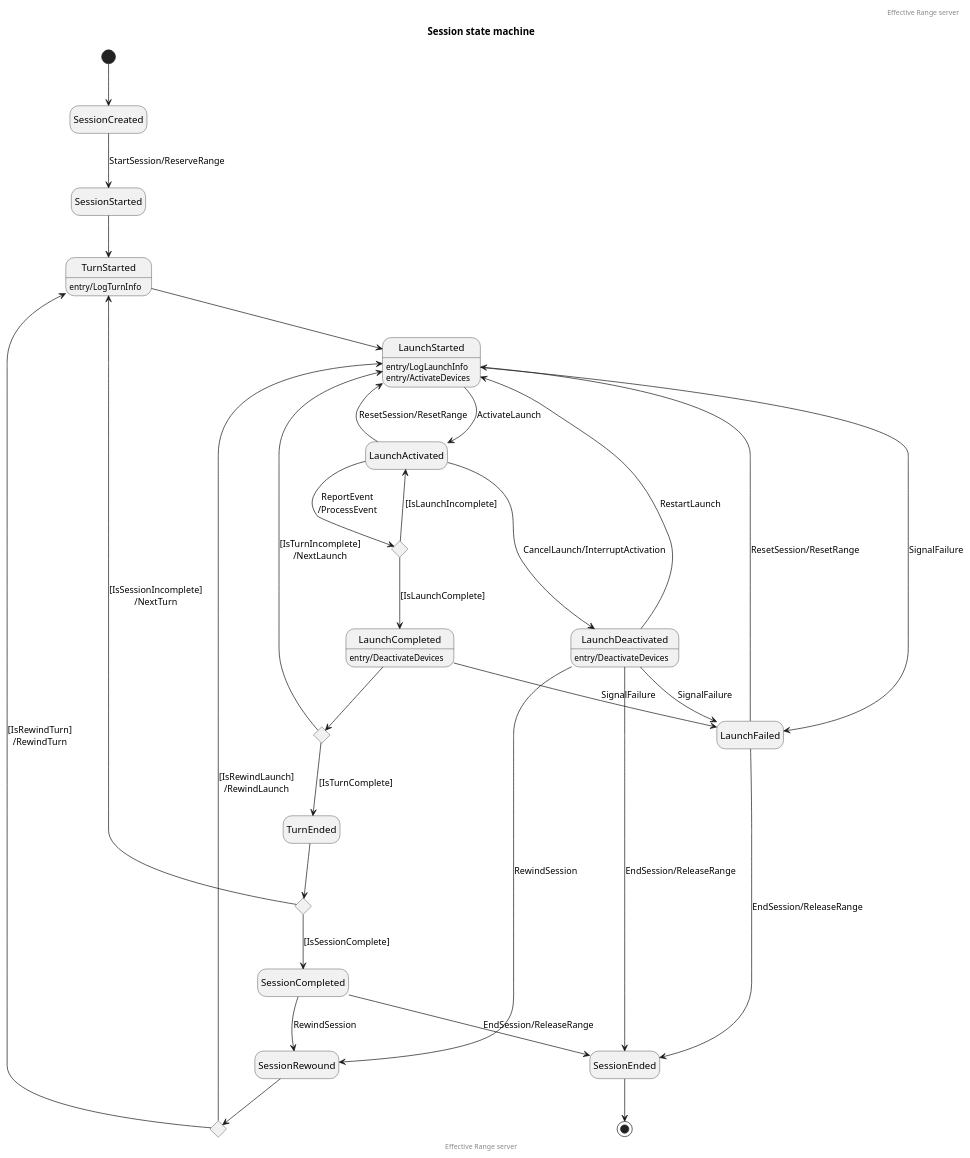
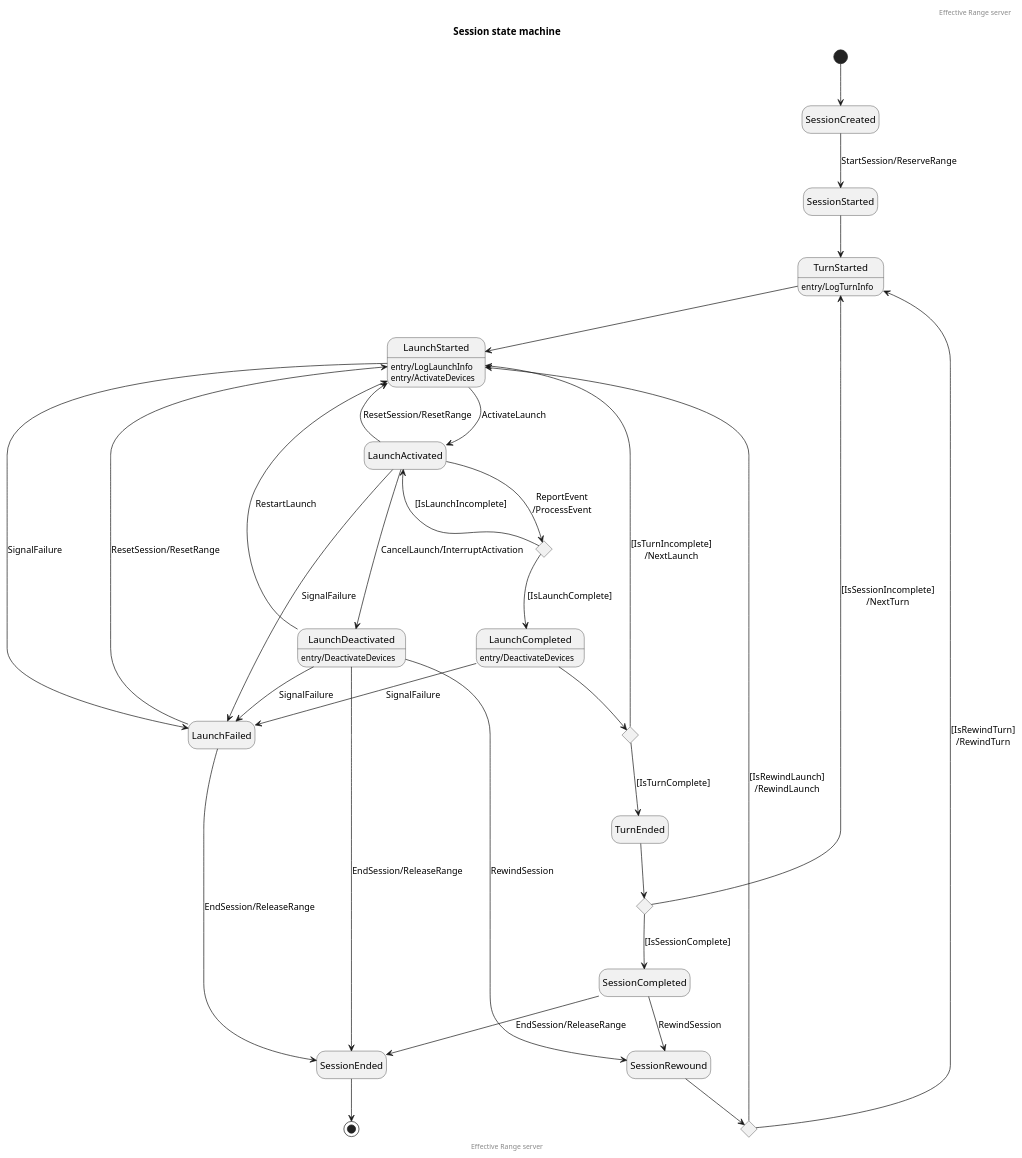
Before and after one commit to EffectiveRange/effective-range-api: the diagram in state/server-session.puml, drawn with PlantUML. The commit also changed 2 other files, not shown here.

```diff
--- a/state/server-session.puml
+++ b/state/server-session.puml
@@ -1,67 +1,68 @@
 @startuml
 hide empty description
 
 header Effective Range server
 title Session state machine
 
 [*] --> SessionCreated
 SessionCreated --> SessionStarted : StartSession/ReserveRange
 SessionStarted --> TurnStarted
 TurnStarted : entry/LogTurnInfo
 TurnStarted --> LaunchStarted
 
 LaunchStarted : entry/LogLaunchInfo
 LaunchStarted : entry/ActivateDevices
 LaunchStarted --> LaunchActivated : ActivateLaunch
 
 state LaunchActivatedChoice <<choice>>
 
 ' Successful launch
 LaunchActivated --> LaunchActivatedChoice : ReportEvent\n/ProcessEvent
 LaunchActivatedChoice --> LaunchActivated : [IsLaunchIncomplete]
 LaunchActivatedChoice --> LaunchCompleted : [IsLaunchComplete]
 LaunchCompleted : entry/DeactivateDevices
 
 state LaunchCompleteChoice <<choice>>
 
 LaunchCompleted --> LaunchCompleteChoice
 LaunchCompleteChoice --> LaunchStarted : [IsTurnIncomplete]\n/NextLaunch
 LaunchCompleteChoice --> TurnEnded : [IsTurnComplete]
 
 LaunchActivated --> LaunchDeactivated : CancelLaunch/InterruptActivation
 LaunchDeactivated : entry/DeactivateDevices
-LaunchDeactivated --> LaunchFailed : SignalFailure
 LaunchDeactivated --> SessionEnded : EndSession/ReleaseRange
 
 ' Event report timout
 LaunchDeactivated --> LaunchStarted : RestartLaunch
 
 ' Failed launch
 LaunchStarted --> LaunchFailed : SignalFailure
+LaunchActivated --> LaunchFailed : SignalFailure
 LaunchCompleted --> LaunchFailed : SignalFailure
+LaunchDeactivated --> LaunchFailed : SignalFailure
 LaunchFailed --> LaunchStarted : ResetSession/ResetRange
 LaunchFailed --> SessionEnded : EndSession/ReleaseRange
 
 ' Continue session after server restart
 LaunchActivated --> LaunchStarted : ResetSession/ResetRange
 
 ' Rewound session
 state SessionRewoundChoice <<choice>>
 
 LaunchDeactivated --> SessionRewound : RewindSession
 SessionRewound --> SessionRewoundChoice
 SessionRewoundChoice --> LaunchStarted : [IsRewindLaunch]\n/RewindLaunch
 SessionRewoundChoice --> TurnStarted : [IsRewindTurn]\n/RewindTurn
 
 state TurnEndedChoice <<choice>>
 
 TurnEnded --> TurnEndedChoice
 TurnEndedChoice --> TurnStarted : [IsSessionIncomplete]\n/NextTurn
 TurnEndedChoice --> SessionCompleted : [IsSessionComplete]
 SessionCompleted --> SessionRewound : RewindSession
 SessionCompleted --> SessionEnded : EndSession/ReleaseRange
 SessionEnded --> [*]
 
 footer Effective Range server
 
 @enduml
```
